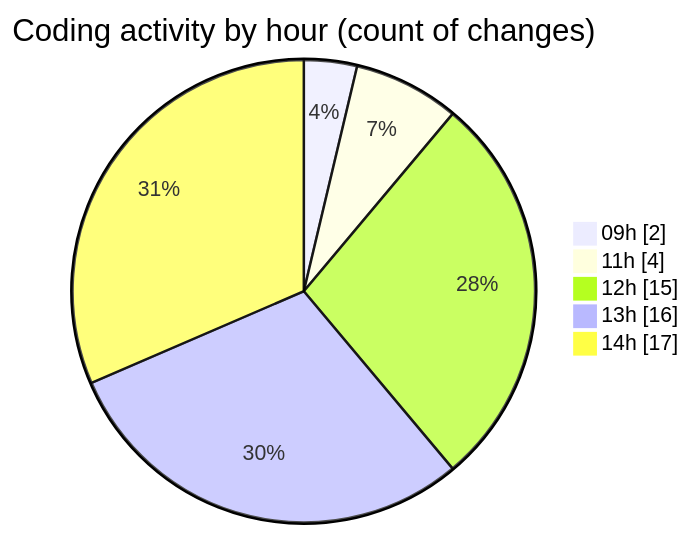
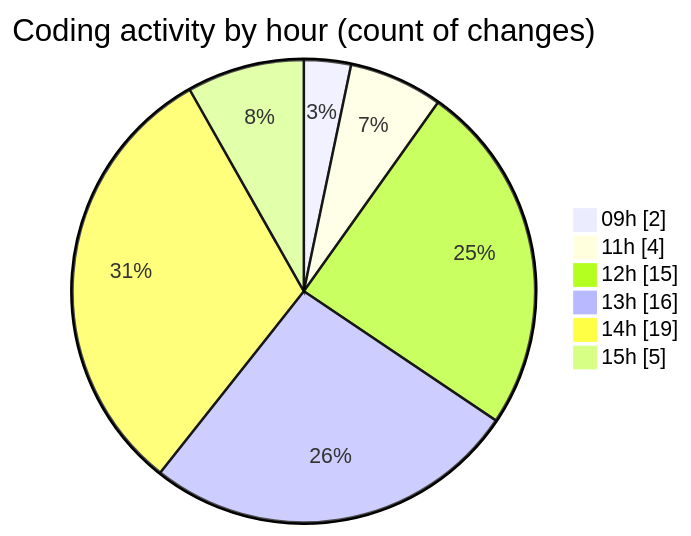
Before and after one commit to Elitesun/code-tracking: the second of 2 diagrams in 2025-04-30/niten/README.md, drawn with Mermaid. The commit also changed other lines of this file and 1 other file, not shown here.

````diff
--- a/2025-04-30/niten/README.md
+++ b/2025-04-30/niten/README.md
@@ -49,9 +51,10 @@
 ```mermaid
 pie showData
 title Coding activity by hour (count of changes)
 "09h" : 2
 "11h" : 4
 "12h" : 15
 "13h" : 16
-"14h" : 17
+"14h" : 19
+"15h" : 5
 ```
````
